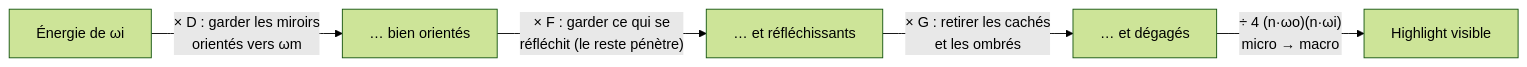
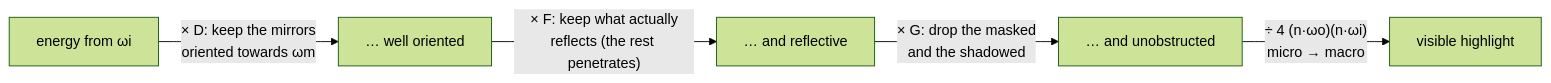
Before and after one commit to Zephyr75/overdrive: the diagram in notes/cheatsheets/PBR.md, drawn with Mermaid (forest theme). The commit also changed other lines of this file and 18 other files, not shown here.

````diff
--- a/notes/cheatsheets/PBR.md
+++ b/notes/cheatsheets/PBR.md
@@ -301,7 +305,7 @@
 ```mermaid
 flowchart LR
-    L["Énergie de ωi"] -->|"× D : garder les miroirs<br/>orientés vers ωm"| D["… bien orientés"]
-    D -->|"× F : garder ce qui se<br/>réfléchit (le reste pénètre)"| F["… et réfléchissants"]
-    F -->|"× G : retirer les cachés<br/>et les ombrés"| G["… et dégagés"]
-    G -->|"÷ 4 (n·ωo)(n·ωi)<br/>micro → macro"| Out["Highlight visible"]
+    L["energy from ωi"] -->|"× D: keep the mirrors<br/>oriented towards ωm"| D["… well oriented"]
+    D -->|"× F: keep what actually<br/>reflects (the rest penetrates)"| F["… and reflective"]
+    F -->|"× G: drop the masked<br/>and the shadowed"| G["… and unobstructed"]
+    G -->|"÷ 4 (n·ωo)(n·ωi)<br/>micro → macro"| Out["visible highlight"]
 ```
````
